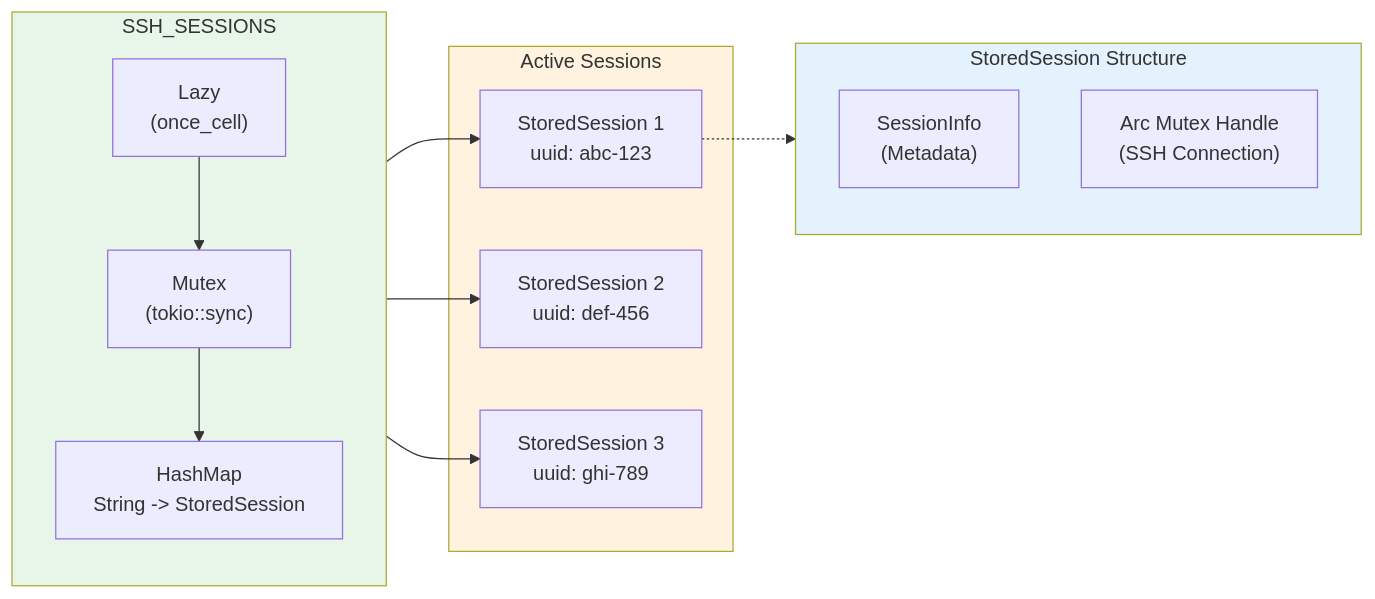
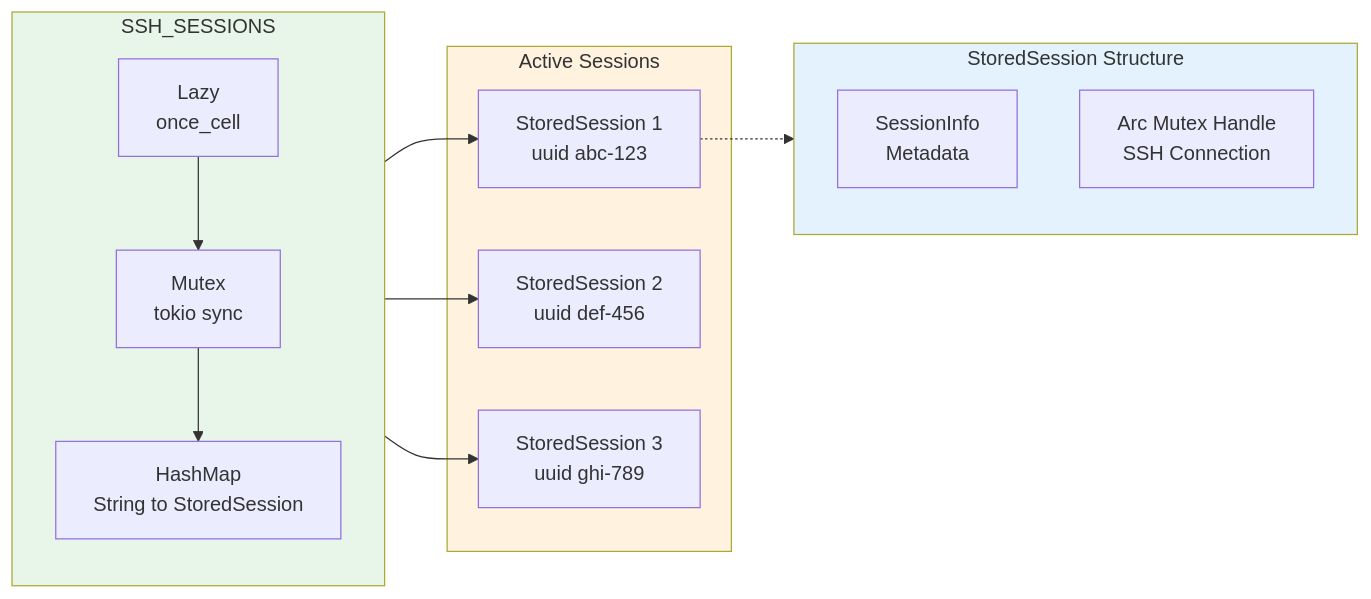
One commit to farchanjo/ssh-mcp changed the fifth of 10 diagrams in docs/ARCHITECTURE.md. Above: the diagram before and after it, drawn with Mermaid. The commit also changed other lines of this file and 3 other files, not shown here.

First line of the commit message:
docs: update all documentation for RSA hash and modular architecture

````diff
--- a/docs/ARCHITECTURE.md
+++ b/docs/ARCHITECTURE.md
@@ -274,33 +418,33 @@
 ```mermaid
 flowchart LR
     subgraph Storage["SSH_SESSIONS"]
         direction TB
-        Lazy["Lazy<br/>(once_cell)"]
-        Mutex["Mutex<br/>(tokio::sync)"]
-        HashMap["HashMap<br/>String -> StoredSession"]
+        Lazy["Lazy<br/>once_cell"]
+        Mutex["Mutex<br/>tokio sync"]
+        HashMap["HashMap<br/>String to StoredSession"]
 
         Lazy --> Mutex
         Mutex --> HashMap
     end
 
     subgraph Sessions["Active Sessions"]
-        S1["StoredSession 1<br/>uuid: abc-123"]
-        S2["StoredSession 2<br/>uuid: def-456"]
-        S3["StoredSession 3<br/>uuid: ghi-789"]
+        S1["StoredSession 1<br/>uuid abc-123"]
+        S2["StoredSession 2<br/>uuid def-456"]
+        S3["StoredSession 3<br/>uuid ghi-789"]
     end
 
     HashMap --> S1
     HashMap --> S2
     HashMap --> S3
 
     subgraph SessionDetail["StoredSession Structure"]
-        Info["SessionInfo<br/>(Metadata)"]
-        Handle["Arc Mutex Handle<br/>(SSH Connection)"]
+        Info["SessionInfo<br/>Metadata"]
+        Handle["Arc Mutex Handle<br/>SSH Connection"]
     end
 
     S1 -.-> SessionDetail
 
     style Storage fill:#e8f5e9
     style Sessions fill:#fff3e0
     style SessionDetail fill:#e3f2fd
 ```
````
